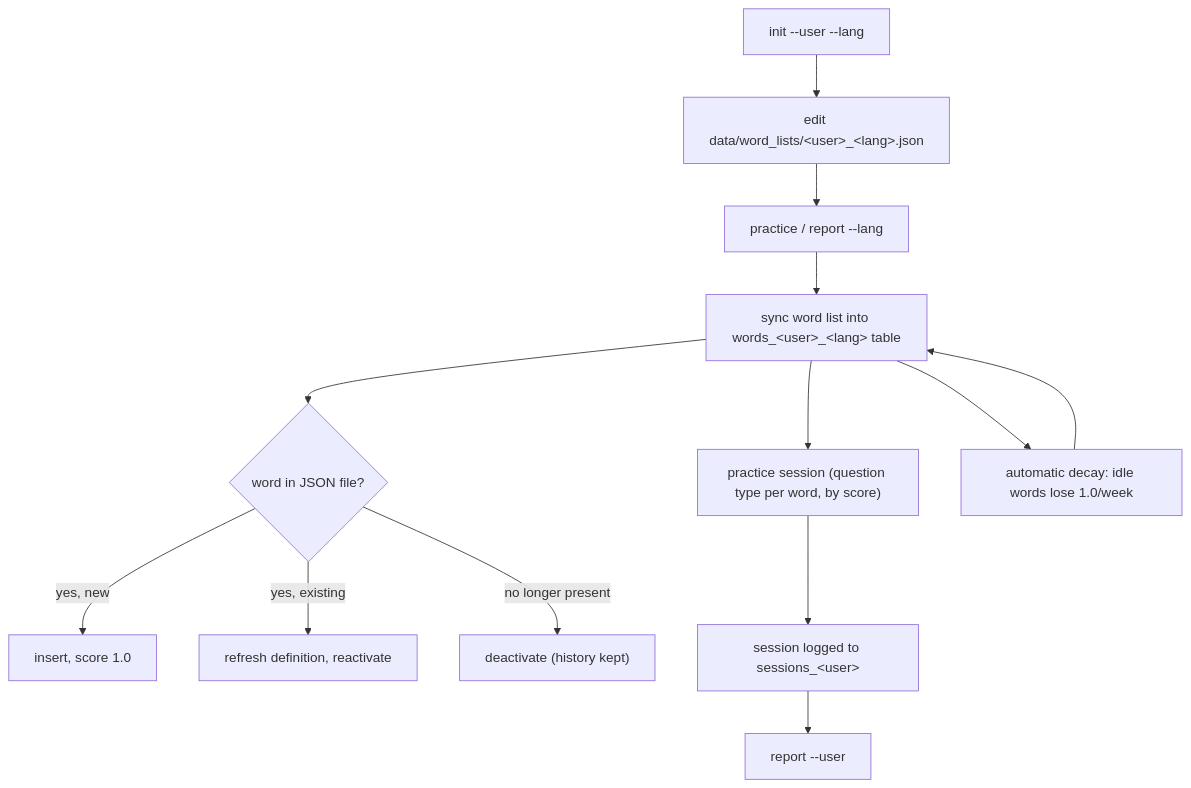
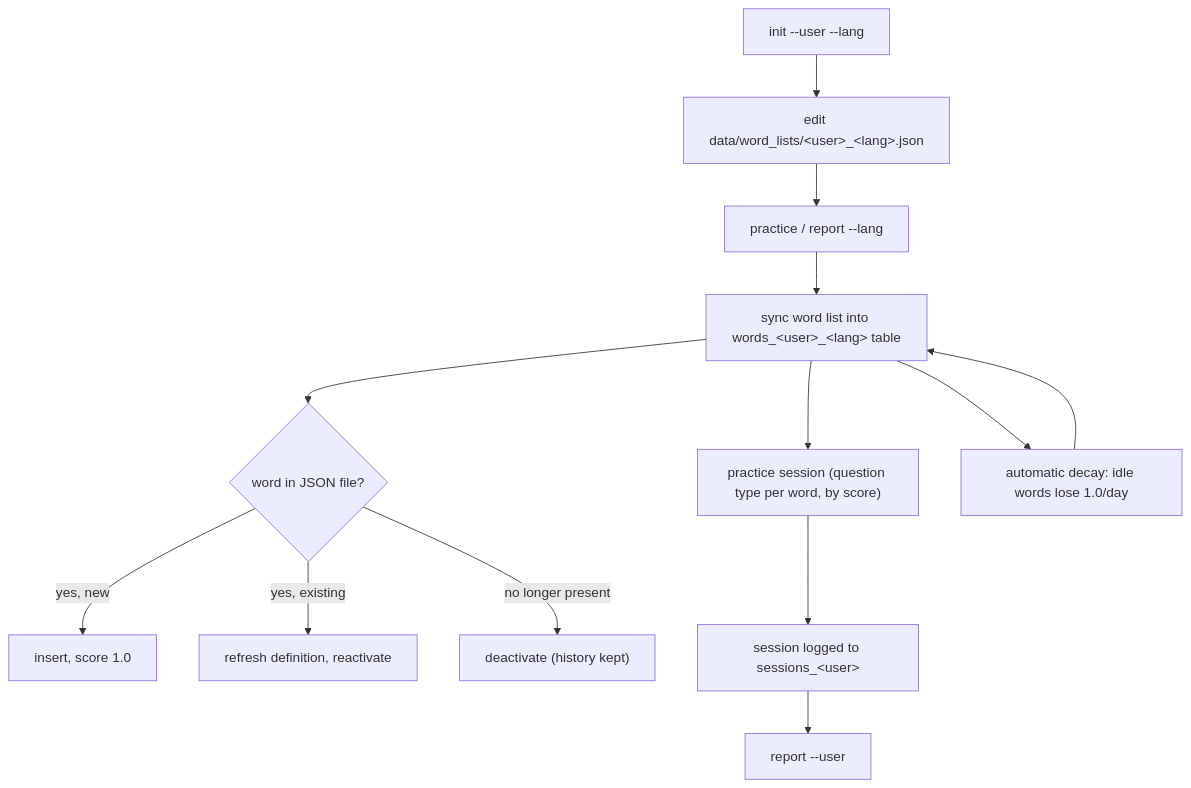
The second of 2 diagrams in README.md (bahman-farhadian/mashq), drawn with Mermaid before and after one commit. The commit also changed other lines of this file and 7 other files, not shown here.

````diff
--- a/README.md
+++ b/README.md
@@ -244,15 +159,15 @@
 ```mermaid
 flowchart TD
     A["init --user --lang"] --> B["edit data/word_lists/&lt;user&gt;_&lt;lang&gt;.json"]
     B --> C["practice / report --lang"]
     C --> D["sync word list into words_&lt;user&gt;_&lt;lang&gt; table"]
     D --> E{"word in JSON file?"}
     E -->|yes, new| F["insert, score 1.0"]
     E -->|yes, existing| G["refresh definition, reactivate"]
     E -->|no longer present| H["deactivate (history kept)"]
     D --> I["practice session (question type per word, by score)"]
     I --> J["session logged to sessions_&lt;user&gt;"]
     J --> K["report --user"]
-    D --> M["automatic decay: idle words lose 1.0/week"]
+    D --> M["automatic decay: idle words lose 1.0/day"]
     M --> D
 ```
````
